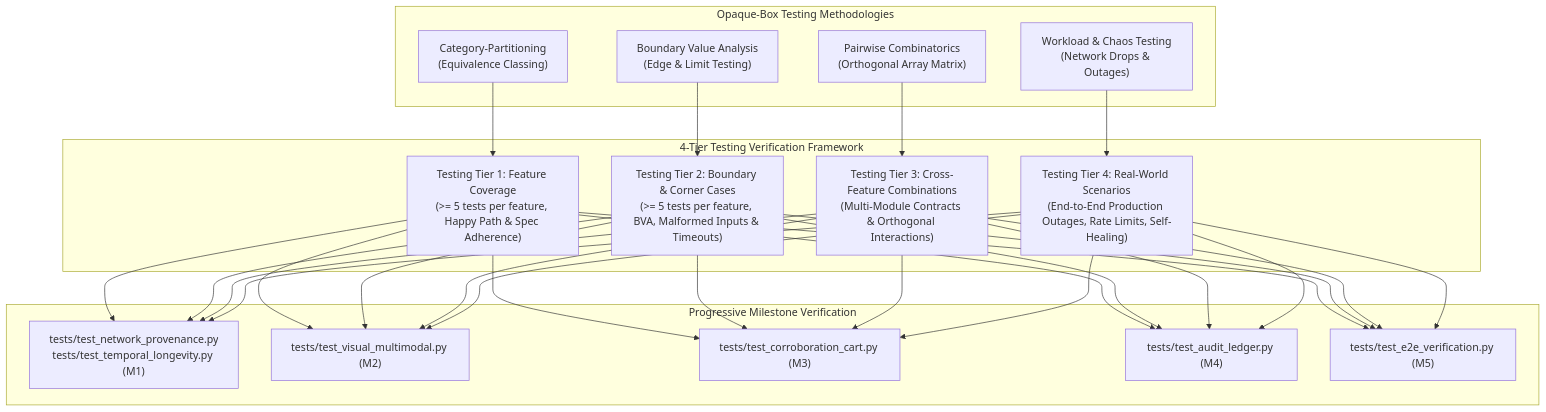
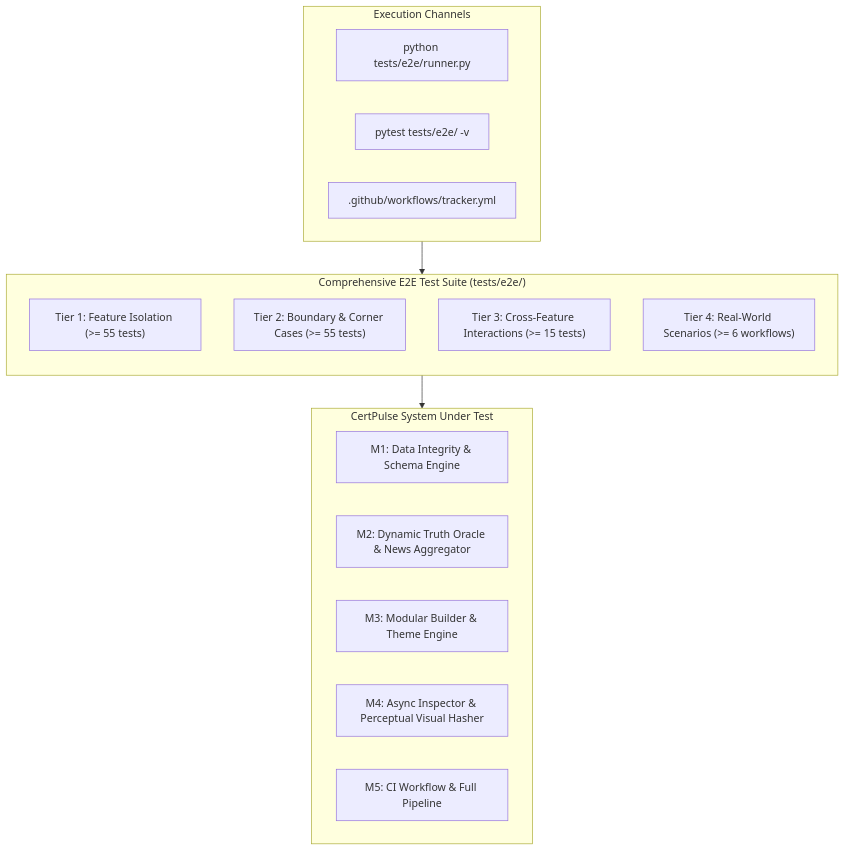
Before and after one commit to Athish2002/free-certification-tracker: the diagram in TEST_INFRA.md, drawn with Mermaid. The commit also changed other lines of this file and 46 other files, not shown here.

Commit message:
feat(architecture): modularize builders, enforce json schema, pHash delta-skipping & async inspection

````diff
--- a/TEST_INFRA.md
+++ b/TEST_INFRA.md
@@ -44,29 +17,27 @@
 ```mermaid
 flowchart TD
-    subgraph Philosophy ["Opaque-Box Testing Methodologies"]
-        CP["Category-Partitioning<br/>(Equivalence Classing)"]
-        BVA["Boundary Value Analysis<br/>(Edge & Limit Testing)"]
-        PAIR["Pairwise Combinatorics<br/>(Orthogonal Array Matrix)"]
-        WORK["Workload & Chaos Testing<br/>(Network Drops & Outages)"]
+    subgraph SUT["CertPulse System Under Test"]
+        M1["M1: Data Integrity & Schema Engine"]
+        M2["M2: Dynamic Truth Oracle & News Aggregator"]
+        M3["M3: Modular Builder & Theme Engine"]
+        M4["M4: Async Inspector & Perceptual Visual Hasher"]
+        M5["M5: CI Workflow & Full Pipeline"]
     end
 
-    subgraph VerificationEngine ["4-Tier Testing Verification Framework"]
-        T1["Testing Tier 1: Feature Coverage<br/>(>= 5 tests per feature, Happy Path & Spec Adherence)"]
-        T2["Testing Tier 2: Boundary & Corner Cases<br/>(>= 5 tests per feature, BVA, Malformed Inputs & Timeouts)"]
-        T3["Testing Tier 3: Cross-Feature Combinations<br/>(Multi-Module Contracts & Orthogonal Interactions)"]
-        T4["Testing Tier 4: Real-World Scenarios<br/>(End-to-End Production Outages, Rate Limits, Self-Healing)"]
+    subgraph E2ESuite["Comprehensive E2E Test Suite (tests/e2e/)"]
+        direction TB
+        T1["Tier 1: Feature Isolation (>= 55 tests)"]
+        T2["Tier 2: Boundary & Corner Cases (>= 55 tests)"]
+        T3["Tier 3: Cross-Feature Interactions (>= 15 tests)"]
+        T4["Tier 4: Real-World Scenarios (>= 6 workflows)"]
     end
 
-    CP --> T1
-    BVA --> T2
-    PAIR --> T3
-    WORK --> T4
+    subgraph Runners["Execution Channels"]
+        CLI["python tests/e2e/runner.py"]
+        PYTEST["pytest tests/e2e/ -v"]
+        CI_ACTION[".github/workflows/tracker.yml"]
+    end
 
-    subgraph Pipeline ["Progressive Milestone Verification"]
-        T1 & T2 & T3 & T4 --> M1["tests/test_network_provenance.py<br/>tests/test_temporal_longevity.py (M1)"]
-        T1 & T2 & T3 & T4 --> M2["tests/test_visual_multimodal.py (M2)"]
-        T1 & T2 & T3 & T4 --> M3["tests/test_corroboration_cart.py (M3)"]
-        T1 & T2 & T3 & T4 --> M4["tests/test_audit_ledger.py (M4)"]
-        T1 & T2 & T3 & T4 --> M5["tests/test_e2e_verification.py (M5)"]
-    end
+    Runners --> E2ESuite
+    E2ESuite --> SUT
 ```
````
